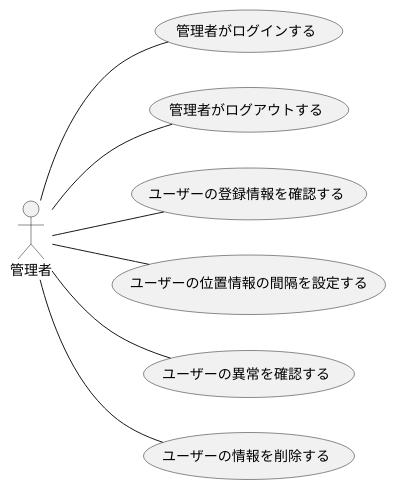
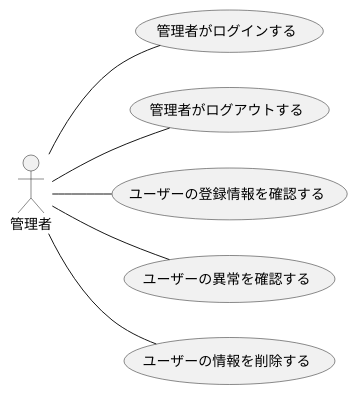
Before and after one commit to ksw2270227/GroupF: the diagram in F_usecase_admin.plantuml, drawn with PlantUML.

Commit message:
取得間隔の削除

```diff
--- a/F_usecase_admin.plantuml
+++ b/F_usecase_admin.plantuml
@@ -1,14 +1,13 @@
 @startuml 管理者
 left to right direction
 actor 管理者
 
 管理者 -- (管理者がログインする)
 管理者 -- (管理者がログアウトする)
 管理者 -- (ユーザーの登録情報を確認する)
-管理者 -- (ユーザーの位置情報の間隔を設定する)
 管理者 -- (ユーザーの異常を確認する)
 管理者 -- (ユーザーの情報を削除する)
 
 
 
 @enduml
```
